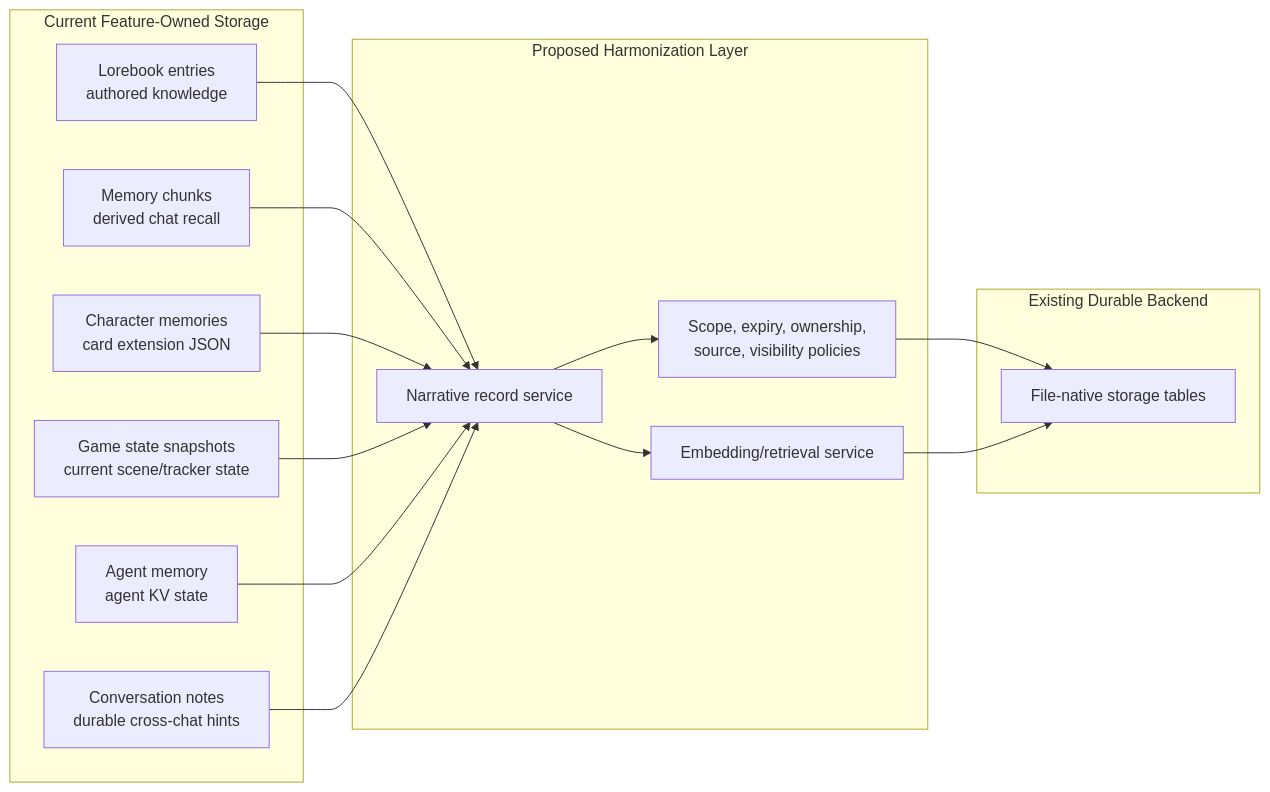
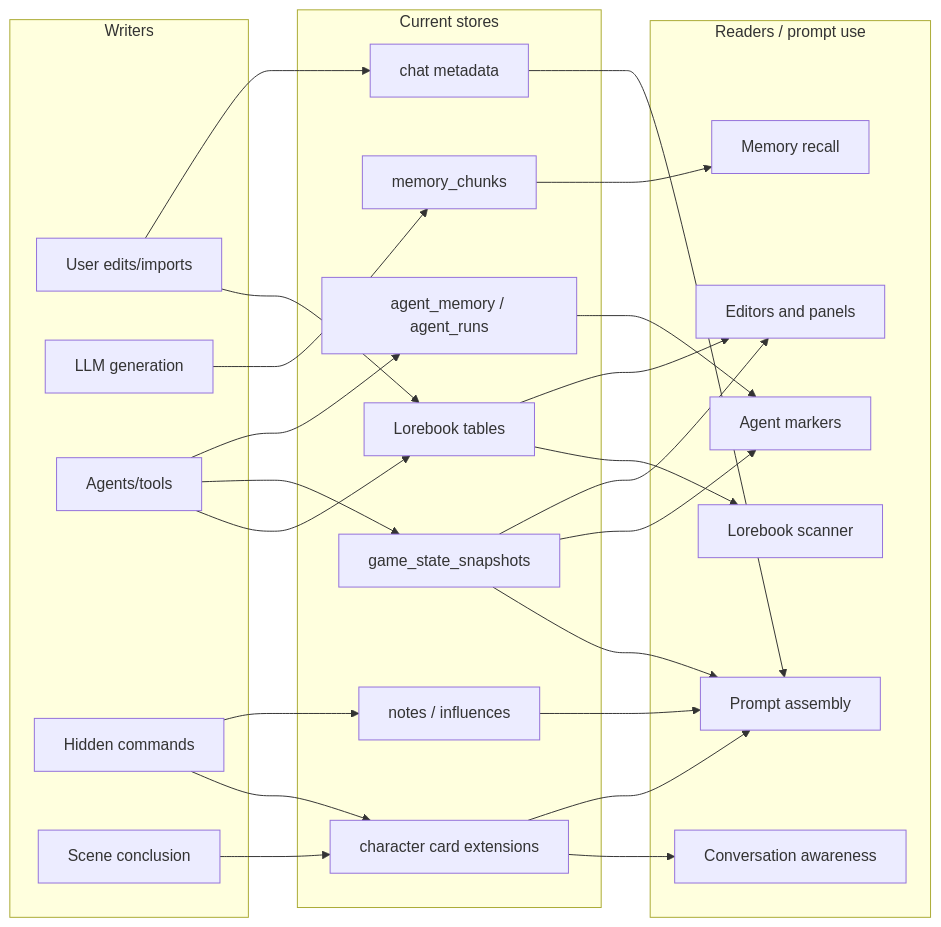
One commit to adunato/Marinara-Engine-Project changed the second of 9 diagrams in change_requests/CR008_data_storage_harmonization/ASSESSMENT.md. Above: the diagram before and after it, drawn with Mermaid. The commit also changed other lines of this file and 1 other file, not shown here.

Commit message:
docs: refocus CR008 assessment on current behavior

````diff
--- a/change_requests/CR008_data_storage_harmonization/ASSESSMENT.md
+++ b/change_requests/CR008_data_storage_harmonization/ASSESSMENT.md
@@ -53,32 +60,51 @@
 ```mermaid
 flowchart LR
-  subgraph Current["Current Feature-Owned Storage"]
-    LB["Lorebook entries<br/>authored knowledge"]
-    MR["Memory chunks<br/>derived chat recall"]
-    CM["Character memories<br/>card extension JSON"]
-    GS["Game state snapshots<br/>current scene/tracker state"]
-    AM["Agent memory<br/>agent KV state"]
-    CN["Conversation notes<br/>durable cross-chat hints"]
+  subgraph Inputs["Writers"]
+    User["User edits/imports"]
+    LLM["LLM generation"]
+    Agents["Agents/tools"]
+    Commands["Hidden commands"]
+    Scene["Scene conclusion"]
   end
 
-  subgraph Proposed["Proposed Harmonization Layer"]
-    NR["Narrative record service"]
-    ER["Embedding/retrieval service"]
-    Policy["Scope, expiry, ownership,<br/>source, visibility policies"]
+  subgraph Stores["Current stores"]
+    LB["Lorebook tables"]
+    MC["memory_chunks"]
+    CC["character card extensions"]
+    GS["game_state_snapshots"]
+    AM["agent_memory / agent_runs"]
+    CM["chat metadata"]
+    Notes["notes / influences"]
   end
 
-  subgraph ExistingBackend["Existing Durable Backend"]
-    FT["File-native storage tables"]
+  subgraph Readers["Readers / prompt use"]
+    Prompt["Prompt assembly"]
+    Scanner["Lorebook scanner"]
+    Recall["Memory recall"]
+    Awareness["Conversation awareness"]
+    Markers["Agent markers"]
+    UI["Editors and panels"]
   end
 
-  LB --> NR
-  MR --> NR
-  CM --> NR
-  GS --> NR
-  AM --> NR
-  CN --> NR
-  NR --> Policy
-  NR --> ER
-  Policy --> FT
-  ER --> FT
+  User --> LB
+  User --> CM
+  LLM --> MC
+  Agents --> LB
+  Agents --> GS
+  Agents --> AM
+  Commands --> CC
+  Commands --> Notes
+  Scene --> CC
+
+  LB --> Scanner
+  MC --> Recall
+  CC --> Awareness
+  CC --> Prompt
+  GS --> Prompt
+  GS --> Markers
+  AM --> Markers
+  CM --> Prompt
+  Notes --> Prompt
+  LB --> UI
+  GS --> UI
 ```
````
